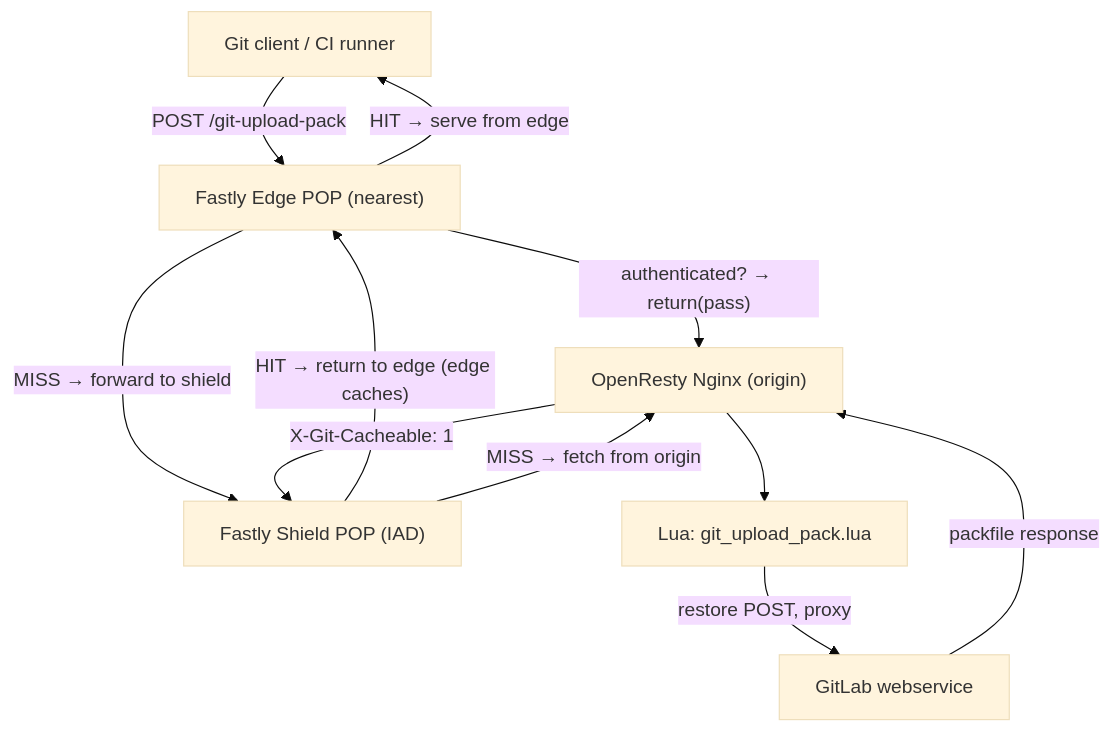
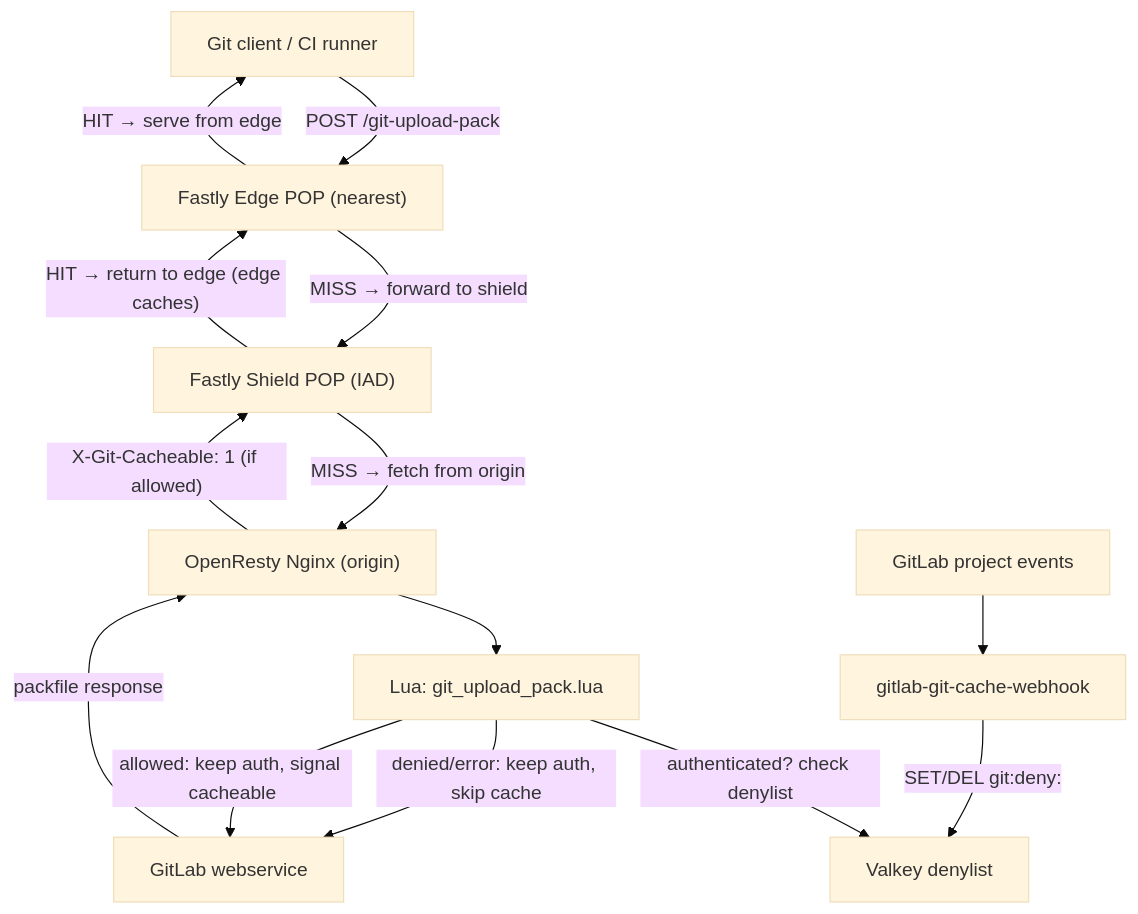
Before and after one commit to averi/dragonsreach.it: the first of 2 diagrams in content/posts/2026-04-17-gnome-gitlab-git-pulls-caching-improvements.md, drawn with Mermaid (base theme). The commit also changed other lines of this file, not shown here.

First line of the commit message:
Update git caching post: CI runner cache participation and denylist

```diff
--- a/content/posts/2026-04-17-gnome-gitlab-git-pulls-caching-improvements.md
+++ b/content/posts/2026-04-17-gnome-gitlab-git-pulls-caching-improvements.md
@@ -74,20 +75,26 @@
 <pre class="mermaid">
 flowchart TD
     client["Git client / CI runner"]
     edge["Fastly Edge POP (nearest)"]
     shield["Fastly Shield POP (IAD)"]
     nginx["OpenResty Nginx (origin)"]
     lua["Lua: git_upload_pack.lua"]
+    valkey["Valkey denylist"]
     gitlab["GitLab webservice"]
+    webhook["gitlab-git-cache-webhook"]
+    gitlab_events["GitLab project events"]
 
     client -- "POST /git-upload-pack" --> edge
-    edge -- "authenticated? → return(pass)" --> nginx
     edge -- "HIT → serve from edge" --> client
     edge -- "MISS → forward to shield" --> shield
     shield -- "HIT → return to edge (edge caches)" --> edge
     shield -- "MISS → fetch from origin" --> nginx
     nginx --> lua
-    lua -- "restore POST, proxy" --> gitlab
+    lua -- "authenticated? check denylist" --> valkey
+    lua -- "denied/error: keep auth, skip cache" --> gitlab
+    lua -- "allowed: keep auth, signal cacheable" --> gitlab
     gitlab -- "packfile response" --> nginx
-    nginx -- "X-Git-Cacheable: 1" --> shield
+    nginx -- "X-Git-Cacheable: 1 (if allowed)" --> shield
+    gitlab_events --> webhook
+    webhook -- "SET/DEL git:deny:" --> valkey
 </pre>
```
